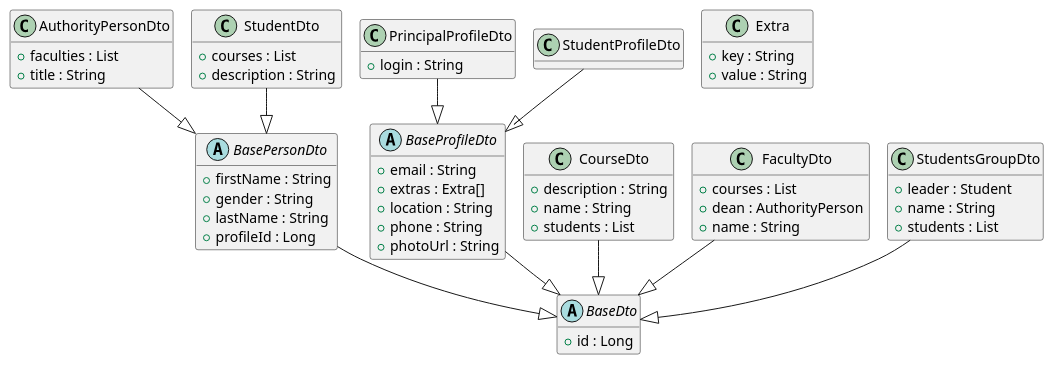
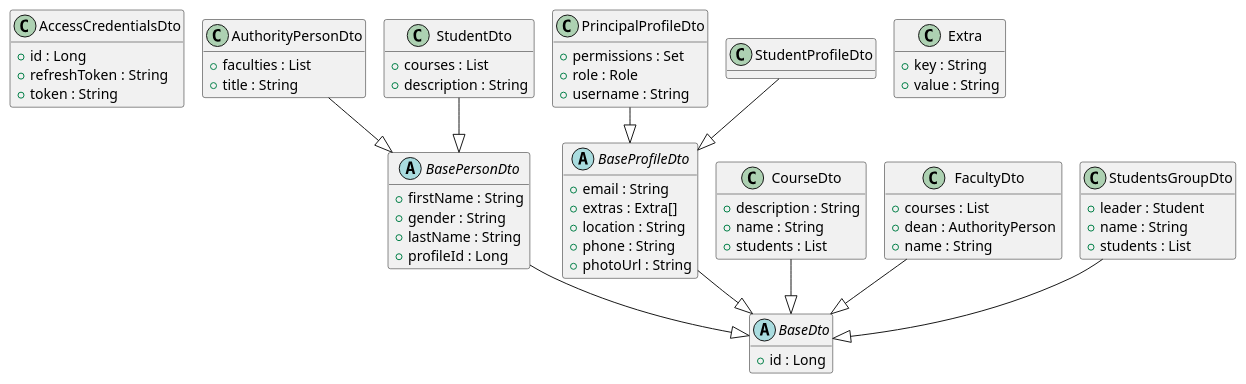
One commit to OlegSopilnyak/school-demo changed the diagram in ingress/documentation/puml/class-diagrams/ModuleDataModel.puml. Above: the diagram before and after it, drawn with PlantUML. The commit also changed 21 other files, not shown here.

```diff
--- a/ingress/documentation/puml/class-diagrams/ModuleDataModel.puml
+++ b/ingress/documentation/puml/class-diagrams/ModuleDataModel.puml
@@ -3,129 +3,144 @@
 @startuml
 !pragma layout smetana
+
+class AccessCredentialsDto {
+	{field} +id : Long
+	{field} +refreshToken : String
+	{field} +token : String
+	{method}  {static} +builder () : AccessCredentialsDtoBuilder
+	{method} +equals ( o : Object ) : boolean
+	{method} +hashCode () : int
+	{method} +toString () : String
+}
+
 
 class AuthorityPersonDto {
 	{field} +faculties : List
 	{field} +title : String
 	{method}  {static} +builder () : AuthorityPersonDtoBuilder
 	{method} +equals ( o : Object ) : boolean
 	{method} +hashCode () : int
 	{method} +toString () : String
 }
 
 
 abstract class BaseDto {
 	{field} +id : Long
+	{method} +equals ( o : Object ) : boolean
+	{method} +hashCode () : int
 	{method} +toString () : String
 }
 
 
 abstract class BasePersonDto {
 	{field} +firstName : String
 	{field} +gender : String
 	{field} +lastName : String
 	{field} +profileId : Long
 	{method} +equals ( o : Object ) : boolean
 	{method} +hashCode () : int
 	{method} +toString () : String
 }
 
 
 abstract class BaseProfileDto {
 	{field} +email : String
 	{field} +extras : Extra[]
 	{field} +location : String
 	{field} +phone : String
 	{field} +photoUrl : String
 	{method} +equals ( o : Object ) : boolean
 	{method} +getExtra ( key : String ) : Optional
 	{method} +getExtraKeys () : String[]
 	{method} +hashCode () : int
 	{method} +toString () : String
 }
 
 
 class CourseDto {
 	{field} +description : String
 	{field} +name : String
 	{field} +students : List
 	{method}  {static} +builder () : CourseDtoBuilder
 	{method} +equals ( o : Object ) : boolean
 	{method} +hashCode () : int
 	{method} +toString () : String
 }
 
 
 class Extra {
 	{field} +key : String
 	{field} +value : String
 	{method}  {static} +builder () : ExtraBuilder
 	{method} +equals ( o : Object ) : boolean
 	{method} +hashCode () : int
 	{method} +toString () : String
 }
 
 
 class FacultyDto {
 	{field} +courses : List
 	{field} +dean : AuthorityPerson
 	{field} +name : String
 	{method}  {static} +builder () : FacultyDtoBuilder
 	{method} +equals ( o : Object ) : boolean
 	{method} +hashCode () : int
 	{method} +toString () : String
 }
 
 
 class PrincipalProfileDto {
-	{field} +login : String
+	{field} +permissions : Set
+	{field} +role : Role
+	{field} +username : String
 	{method}  {static} +builder () : PrincipalProfileDtoBuilder
 	{method} +equals ( o : Object ) : boolean
 	{method} +hashCode () : int
 	{method} +toString () : String
 }
 
 
 class StudentDto {
 	{field} +courses : List
 	{field} +description : String
 	{method}  {static} +builder () : StudentDtoBuilder
 	{method} +equals ( o : Object ) : boolean
 	{method} +hashCode () : int
 	{method} +toString () : String
 }
 
 
 class StudentProfileDto {
 	{method}  {static} +builder () : StudentProfileDtoBuilder
 	{method} +equals ( o : Object ) : boolean
 	{method} +hashCode () : int
 	{method} +toString () : String
 }
 
 
 class StudentsGroupDto {
 	{field} +leader : Student
 	{field} +name : String
 	{field} +students : List
 	{method}  {static} +builder () : StudentsGroupDtoBuilder
 	{method} +equals ( o : Object ) : boolean
 	{method} +hashCode () : int
 	{method} +toString () : String
 }
 
 
 
 
 AuthorityPersonDto --|>  BasePersonDto
 BasePersonDto --|>  BaseDto
 BaseProfileDto --|>  BaseDto
 CourseDto --|>  BaseDto
 FacultyDto --|>  BaseDto
 PrincipalProfileDto --|>  BaseProfileDto
 StudentDto --|>  BasePersonDto
 StudentProfileDto --|>  BaseProfileDto
 StudentsGroupDto --|>  BaseDto
 
 hide methods
 
 @enduml
```
